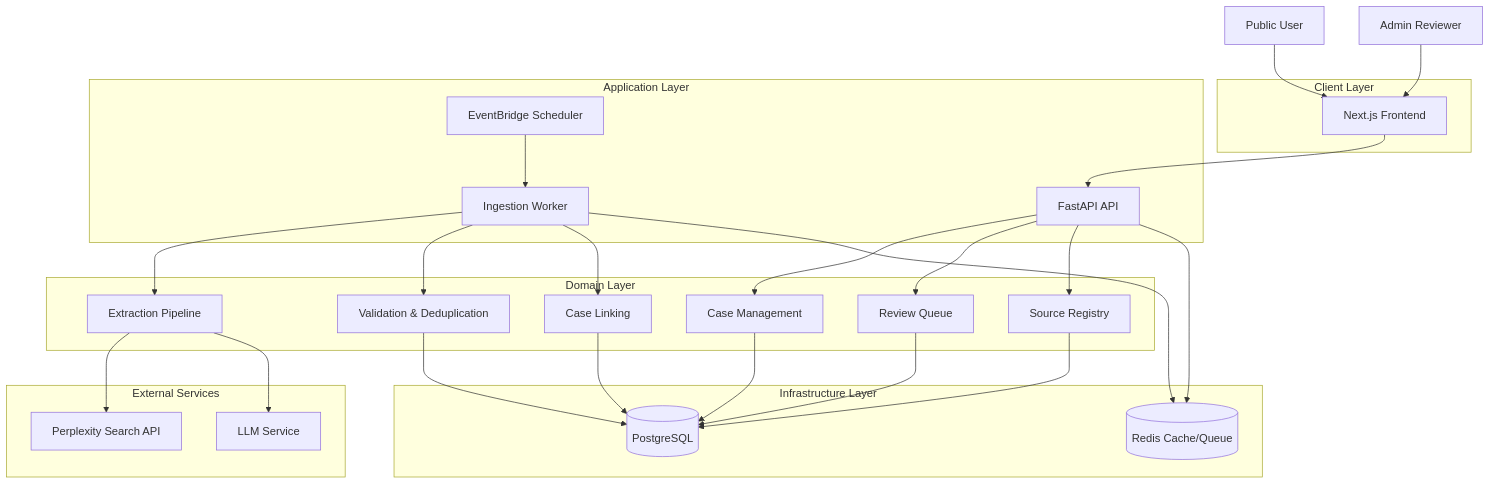
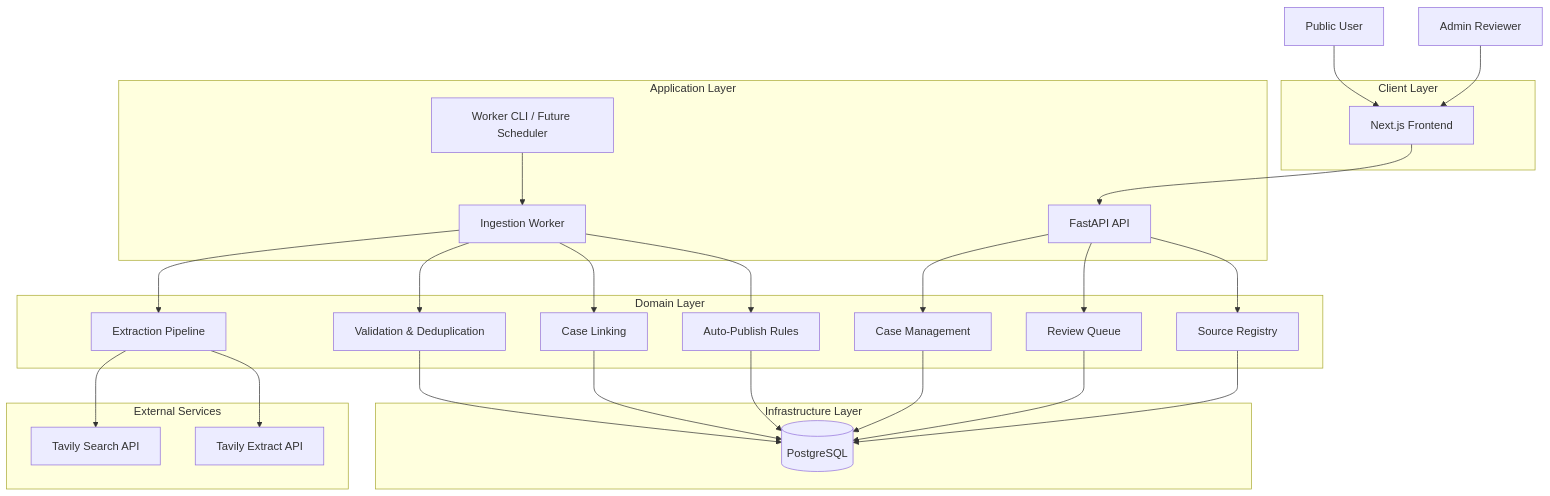
Before and after one commit to lblaseygg/coastal-watch: the diagram in docs/architecture/components.md, drawn with Mermaid. The commit also changed other lines of this file and 10 other files, not shown here.

````diff
--- a/docs/architecture/components.md
+++ b/docs/architecture/components.md
@@ -15,59 +15,59 @@
 ```mermaid
 flowchart TB
     actor1[Public User]
     actor2[Admin Reviewer]
 
     subgraph Client["Client Layer"]
         FE[Next.js Frontend]
     end
 
     subgraph App["Application Layer"]
         API[FastAPI API]
         Worker[Ingestion Worker]
-        Scheduler[EventBridge Scheduler]
+        CLI[Worker CLI / Future Scheduler]
     end
 
     subgraph Domain["Domain Layer"]
         Cases[Case Management]
         Reviews[Review Queue]
         Sources[Source Registry]
         Extraction[Extraction Pipeline]
         Linking[Case Linking]
         Validation[Validation & Deduplication]
+        Publish[Auto-Publish Rules]
     end
 
     subgraph Data["Infrastructure Layer"]
         PG[(PostgreSQL)]
-        Redis[(Redis Cache/Queue)]
     end
 
     subgraph External["External Services"]
-        Search[Perplexity Search API]
-        AI[LLM Service]
+        Search[Tavily Search API]
+        Extract[Tavily Extract API]
     end
 
     actor1 --> FE
     actor2 --> FE
 
     FE --> API
 
     API --> Cases
     API --> Reviews
     API --> Sources
 
     Cases --> PG
     Reviews --> PG
     Sources --> PG
-    API --> Redis
 
-    Scheduler --> Worker
+    CLI --> Worker
     Worker --> Extraction
     Worker --> Validation
     Worker --> Linking
+    Worker --> Publish
 
     Extraction --> Search
-    Extraction --> AI
+    Extraction --> Extract
     Validation --> PG
     Linking --> PG
-    Worker --> Redis
+    Publish --> PG
 ```
````
